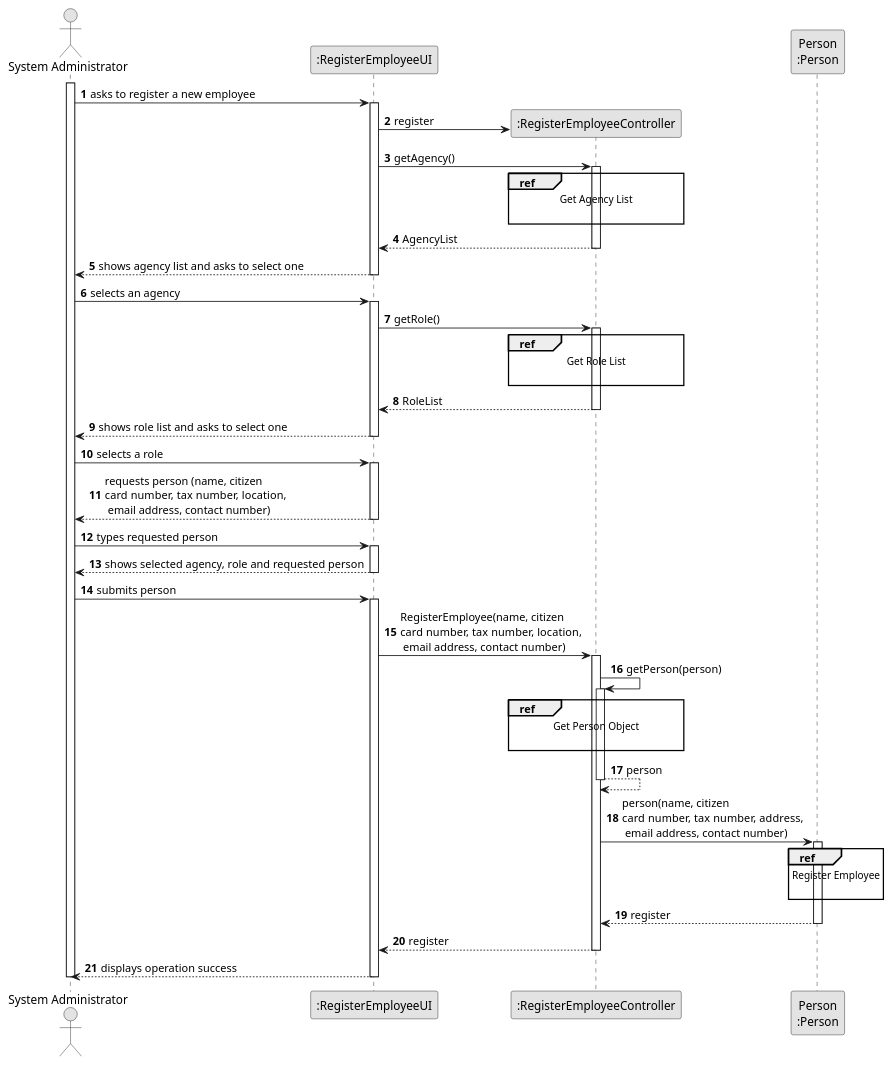
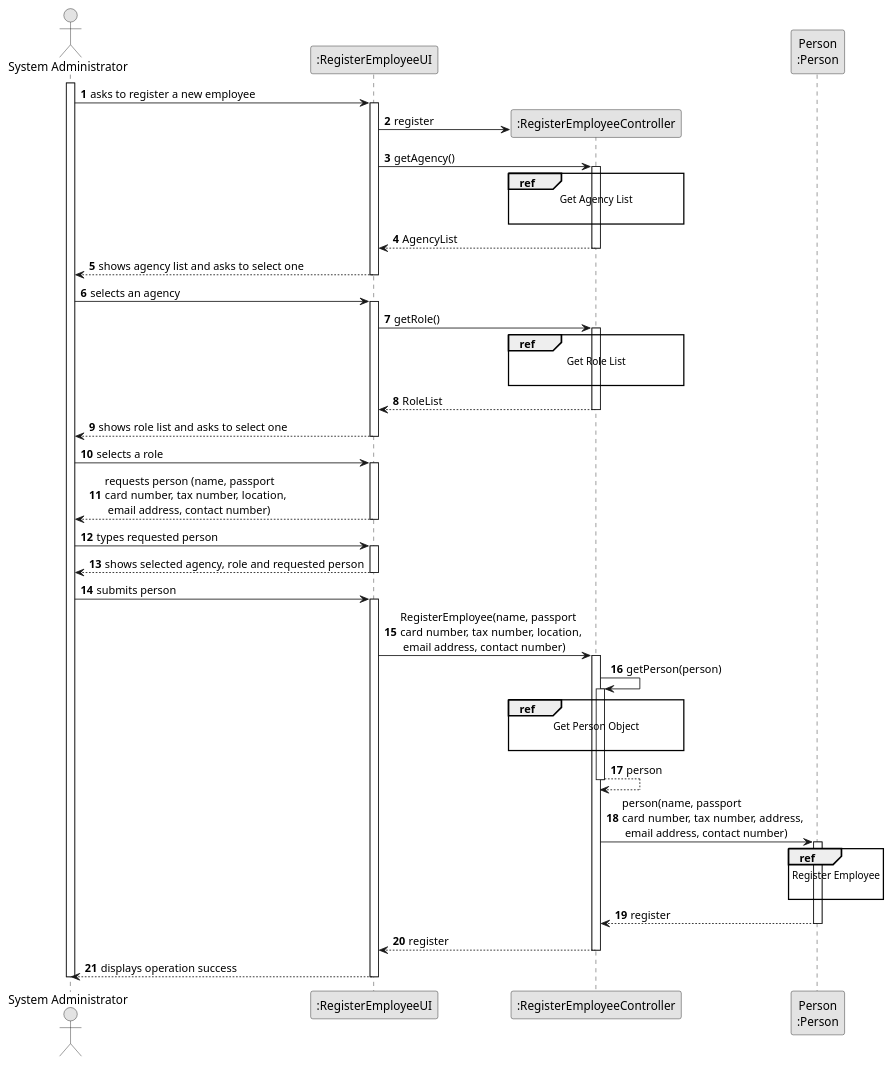
The diagram in docs/sprintB/us003/03.design/puml/us003-sequence-diagram-split.puml (rita-barbosa/LAPR2-2223), drawn with PlantUML before and after one commit.

Commit message:
Update SD split [US03][Design]

```diff
--- a/docs/sprintB/us003/03.design/puml/us003-sequence-diagram-split.puml
+++ b/docs/sprintB/us003/03.design/puml/us003-sequence-diagram-split.puml
@@ -1,100 +1,100 @@
 @startuml
 skinparam monochrome true
 skinparam packageStyle rectangle
 skinparam shadowing false
 
 autonumber
 
 'hide footbox
 actor "System Administrator" as ADM
 participant ":RegisterEmployeeUI" as UI
 participant ":RegisterEmployeeController" as CTRL
 participant "Person\n:Person" as PERSON
 
 activate ADM
 
     ADM -> UI : asks to register a new employee
 
     activate UI
 
         UI -> CTRL** : register
         UI -> CTRL : getAgency()
         ref over CTRL
             Get Agency List
 
         end ref
 
         activate CTRL
 
             CTRL --> UI : AgencyList
         deactivate CTRL
 
         UI --> ADM : shows agency list and asks to select one
     deactivate UI
 
     ADM -> UI : selects an agency
     activate UI
 
     UI -> CTRL : getRole()
             ref over CTRL
                 Get Role List
 
             end ref
 
             activate CTRL
 
                 CTRL --> UI : RoleList
             deactivate CTRL
 
             UI --> ADM : shows role list and asks to select one
         deactivate UI
 
         ADM -> UI : selects a role
         activate UI
 
-        UI --> ADM : requests person (name, citizen \ncard number, tax number, location,\n email address, contact number)
+        UI --> ADM : requests person (name, passport \ncard number, tax number, location,\n email address, contact number)
     deactivate UI
 
     ADM -> UI : types requested person
         activate UI
 
             UI --> ADM : shows selected agency, role and requested person
         deactivate UI
 
         ADM -> UI : submits person
         activate UI
 
-        UI -> CTRL : RegisterEmployee(name, citizen \ncard number, tax number, location,\n email address, contact number)
+        UI -> CTRL : RegisterEmployee(name, passport \ncard number, tax number, location,\n email address, contact number)
         activate CTRL
 
             CTRL -> CTRL : getPerson(person)
             activate CTRL
 
                 ref over CTRL
                     Get Person Object
 
                 end ref
 
                 CTRL --> CTRL : person
             deactivate CTRL
 
 
-            CTRL -> PERSON: person(name, citizen \ncard number, tax number, address,\n email address, contact number)
+            CTRL -> PERSON: person(name, passport \ncard number, tax number, address,\n email address, contact number)
             activate PERSON
 
                 ref over PERSON
                     Register Employee
 
                 end
 
                 PERSON --> CTRL : register
             deactivate PERSON
 
             CTRL --> UI: register
             deactivate CTRL
             UI --> ADM: displays operation success
     deactivate UI
 
 deactivate ADM
 
 @enduml
```
